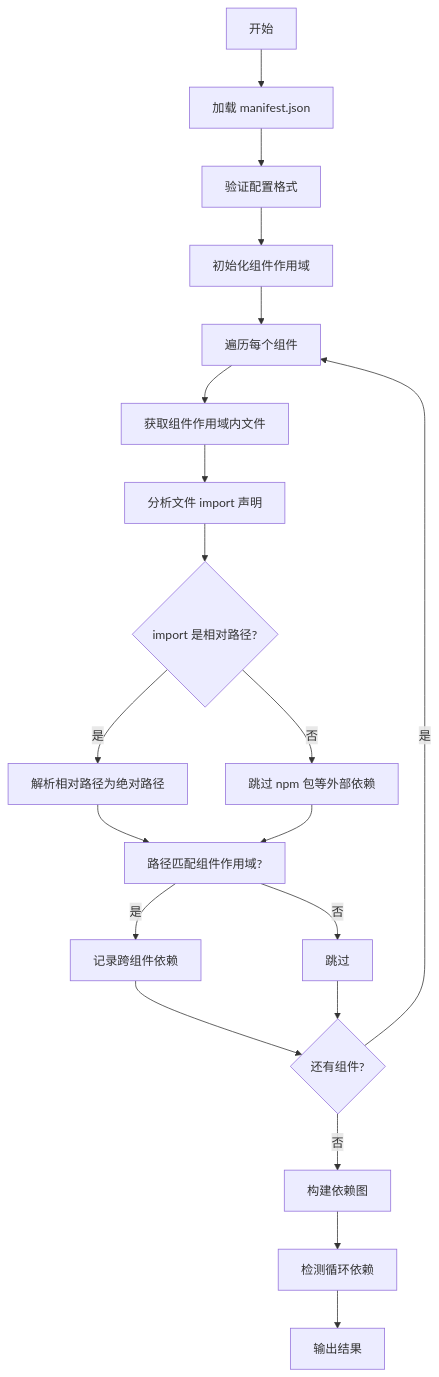
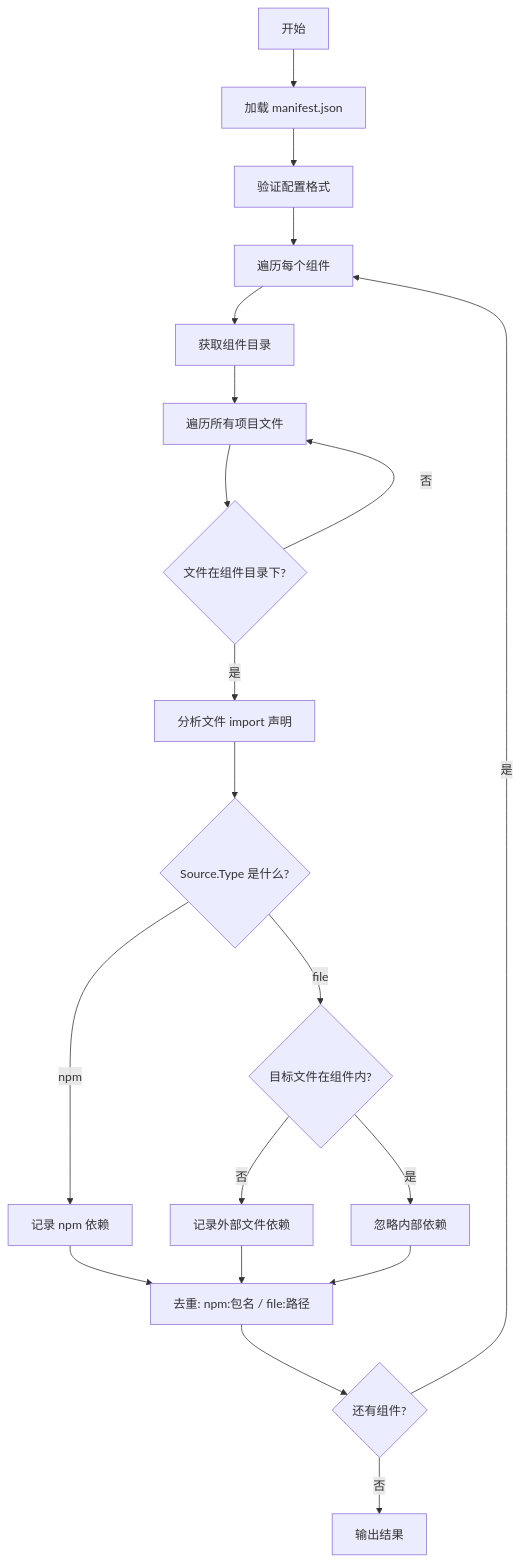
The diagram in analyzer_plugin/project_analyzer/component_deps_v2/README.md (Flying-Bird1999/analyzer-ts), drawn with Mermaid before and after one commit. The commit also changed other lines of this file and 8 other files, not shown here.

````diff
--- a/analyzer_plugin/project_analyzer/component_deps_v2/README.md
+++ b/analyzer_plugin/project_analyzer/component_deps_v2/README.md
@@ -64,22 +61,22 @@
 ```mermaid
 flowchart TD
     A[开始] --> B[加载 manifest.json]
     B --> C[验证配置格式]
-    C --> D[初始化组件作用域]
-    D --> E[遍历每个组件]
-    E --> F[获取组件作用域内文件]
-    F --> G[分析文件 import 声明]
-    G --> H{import 是相对路径?}
-    H -->|是| I[解析相对路径为绝对路径]
-    H -->|否| J[跳过 npm 包等外部依赖]
-    I --> K[路径匹配组件作用域?]
-    J --> K
-    K -->|是| L[记录跨组件依赖]
-    K -->|否| M[跳过]
-    L --> N{还有组件?}
+    C --> D[遍历每个组件]
+    D --> E[获取组件目录]
+    E --> F[遍历所有项目文件]
+    F --> G{文件在组件目录下?}
+    G -->|否| F
+    G -->|是| H[分析文件 import 声明]
+    H --> I{Source.Type 是什么?}
+    I -->|npm| J[记录 npm 依赖]
+    I -->|file| K{目标文件在组件内?}
+    K -->|是| L[忽略内部依赖]
+    K -->|否| M[记录外部文件依赖]
+    J --> N[去重: npm:包名 / file:路径]
     M --> N
-    N -->|是| E
-    N -->|否| O[构建依赖图]
-    O --> P[检测循环依赖]
-    P --> Q[输出结果]
+    L --> N
+    N --> O{还有组件?}
+    O -->|是| D
+    O -->|否| P[输出结果]
 ```
````
